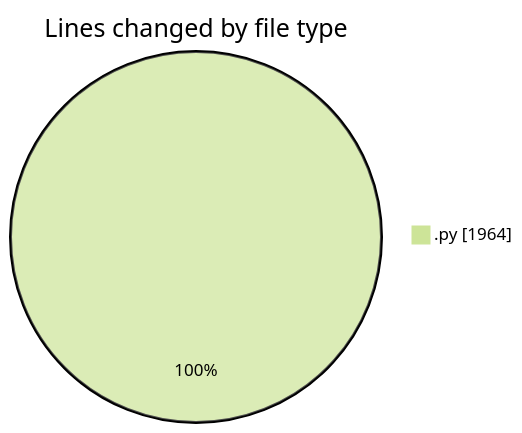
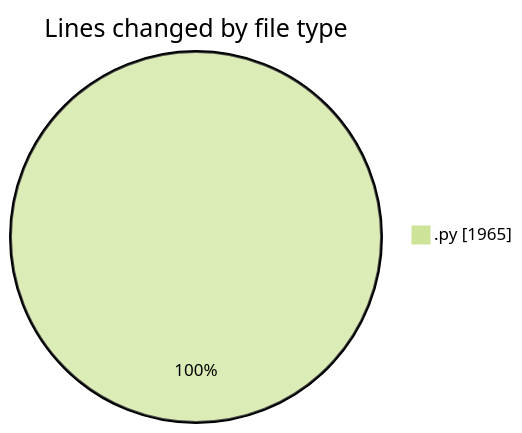
The first of 2 diagrams in 2025-10-23/eventscop-api-guide__workspace_/README.md (julien-gomy/code-tracking), drawn with Mermaid (forest theme) before and after one commit. The commit also changed other lines of this file and 1 other file, not shown here.

````diff
--- a/2025-10-23/eventscop-api-guide__workspace_/README.md
+++ b/2025-10-23/eventscop-api-guide__workspace_/README.md
@@ -22,5 +22,5 @@
 ```mermaid
 pie showData
 title Lines changed by file type
-".py" : 1964
+".py" : 1965
 ```
````
